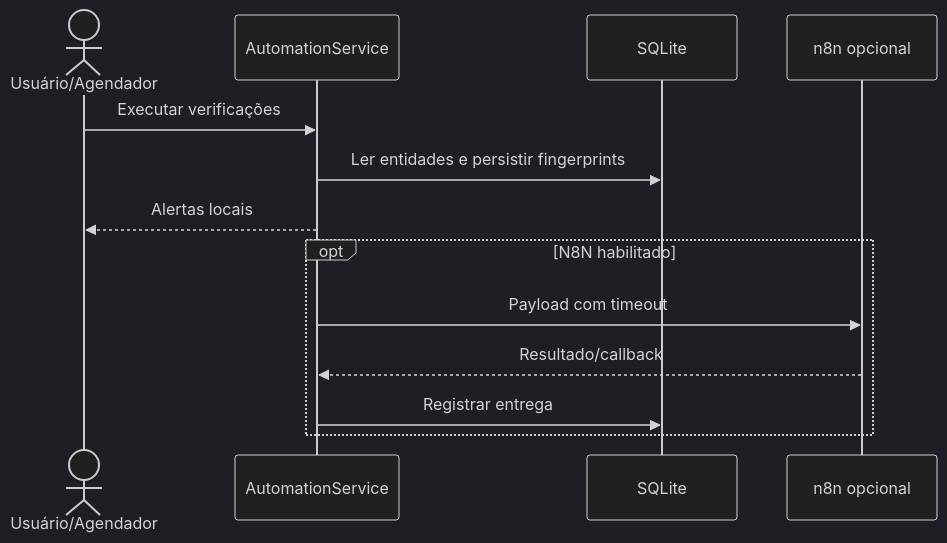
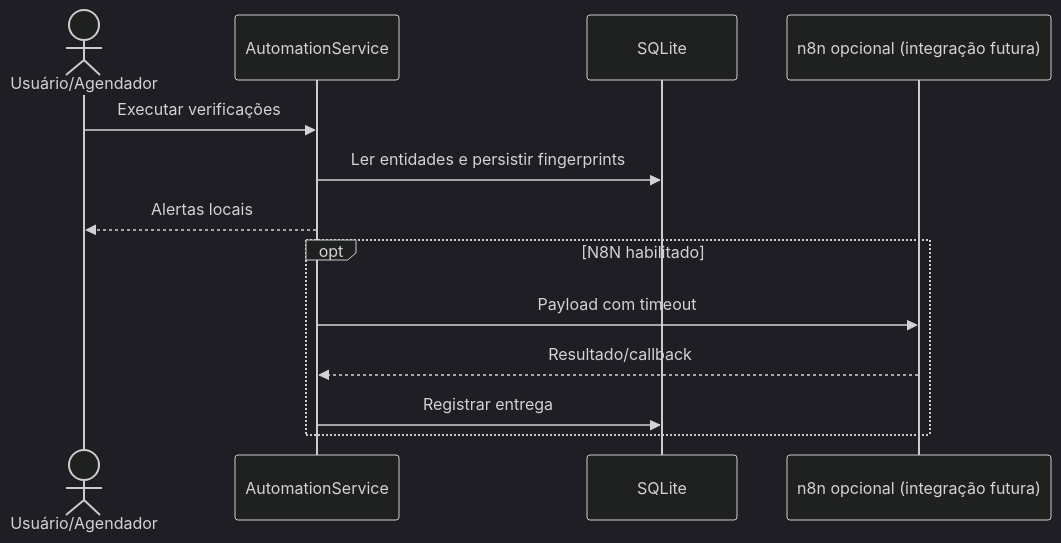
One commit to Daniel-Macedo-dev/innovation-governance-hub changed the diagram in docs/diagrams/automation-flow.mmd. Above: the diagram before and after it, drawn with Mermaid (dark theme). The commit also changed 4 other files, not shown here.

```diff
--- a/docs/diagrams/automation-flow.mmd
+++ b/docs/diagrams/automation-flow.mmd
@@ -1,13 +1,13 @@
 sequenceDiagram
   actor U as Usuário/Agendador
   participant A as AutomationService
   participant D as SQLite
-  participant N as n8n opcional
+  participant N as n8n opcional (integração futura)
   U->>A: Executar verificações
   A->>D: Ler entidades e persistir fingerprints
   A-->>U: Alertas locais
   opt N8N habilitado
     A->>N: Payload com timeout
     N-->>A: Resultado/callback
     A->>D: Registrar entrega
   end
```
